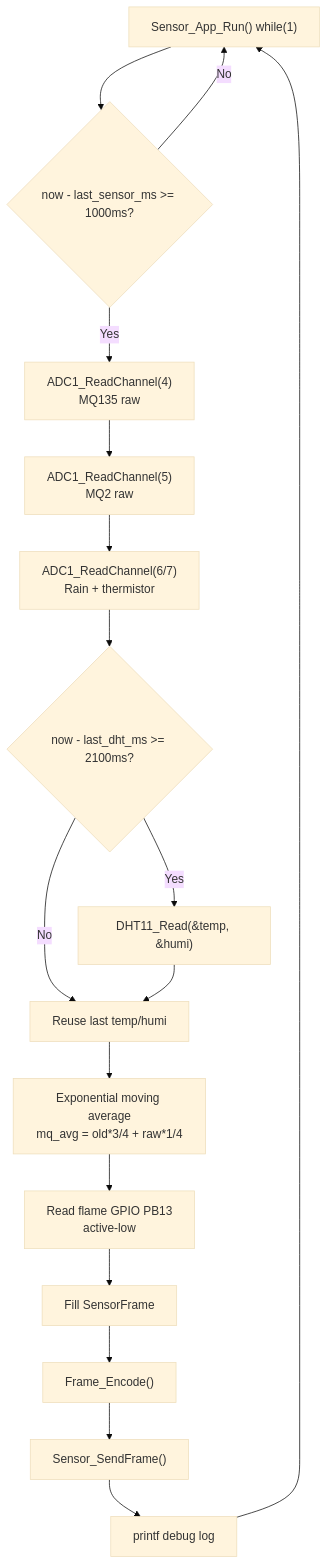
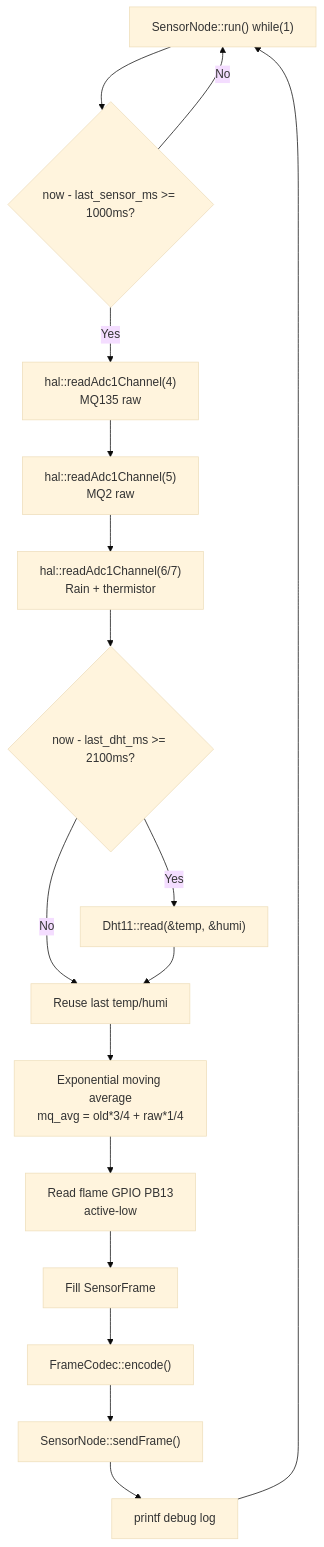
Before and after one commit to Cusnd/dual-stm32-safety-monitor: the fourth of 14 diagrams in docs/FUNCTION_DESIGN_WALKTHROUGH.zh-CN.md, drawn with Mermaid (base theme). The commit also changed other lines of this file and 78 other files, not shown here.

````diff
--- a/docs/FUNCTION_DESIGN_WALKTHROUGH.zh-CN.md
+++ b/docs/FUNCTION_DESIGN_WALKTHROUGH.zh-CN.md
@@ -107,19 +107,19 @@
 ```mermaid
 flowchart TD
-  L["Sensor_App_Run() while(1)"] --> T{"now - last_sensor_ms >= 1000ms?"}
+  L["SensorNode::run() while(1)"] --> T{"now - last_sensor_ms >= 1000ms?"}
   T -->|"No"| L
-  T -->|"Yes"| A["ADC1_ReadChannel(4)\nMQ135 raw"]
-  A --> B["ADC1_ReadChannel(5)\nMQ2 raw"]
-  B --> B2["ADC1_ReadChannel(6/7)\nRain + thermistor"]
+  T -->|"Yes"| A["hal::readAdc1Channel(4)\nMQ135 raw"]
+  A --> B["hal::readAdc1Channel(5)\nMQ2 raw"]
+  B --> B2["hal::readAdc1Channel(6/7)\nRain + thermistor"]
   B2 --> C{"now - last_dht_ms >= 2100ms?"}
-  C -->|"Yes"| C1["DHT11_Read(&temp, &humi)"]
+  C -->|"Yes"| C1["Dht11::read(&temp, &humi)"]
   C -->|"No"| D["Reuse last temp/humi"]
   C1 --> D
   D --> E["Exponential moving average\nmq_avg = old*3/4 + raw*1/4"]
   E --> F["Read flame GPIO PB13\nactive-low"]
   F --> G["Fill SensorFrame"]
-  G --> H["Frame_Encode()"]
-  H --> I["Sensor_SendFrame()"]
+  G --> H["FrameCodec::encode()"]
+  H --> I["SensorNode::sendFrame()"]
   I --> J["printf debug log"]
   J --> L
 ```
````
